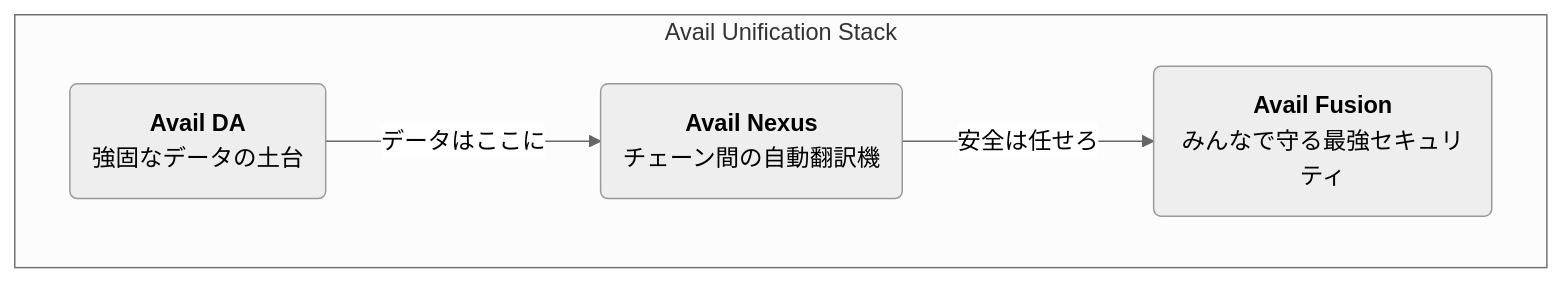
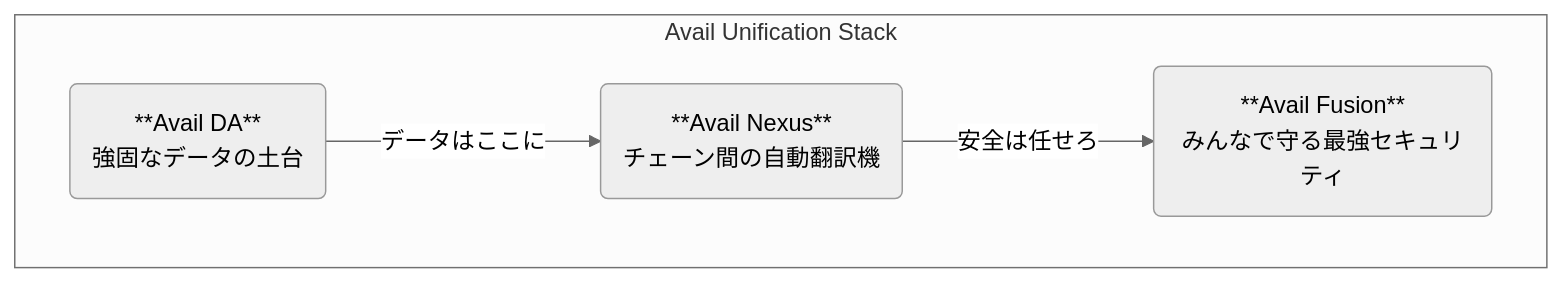
Before and after one commit to mashharuki/zenn-docs: the second of 2 diagrams in articles/avail-nexus_1.md, drawn with Mermaid (neutral theme).

Commit message:
軽微な修正

````diff
--- a/articles/avail-nexus_1.md
+++ b/articles/avail-nexus_1.md
@@ -97,12 +97,12 @@
 ```mermaid
 graph TD
     subgraph "Avail Unification Stack"
         direction LR
-        DA(<b>Avail DA</b><br>強固なデータの土台)
-        Nexus(<b>Avail Nexus</b><br>チェーン間の自動翻訳機)
-        Fusion(<b>Avail Fusion</b><br>みんなで守る最強セキュリティ)
+        DA(**Avail DA**<br>強固なデータの土台)
+        Nexus(**Avail Nexus**<br>チェーン間の自動翻訳機)
+        Fusion(**Avail Fusion**<br>みんなで守る最強セキュリティ)
 
         DA -- "データはここに" --> Nexus
         Nexus -- "安全は任せろ" --> Fusion
     end
 ```
````
